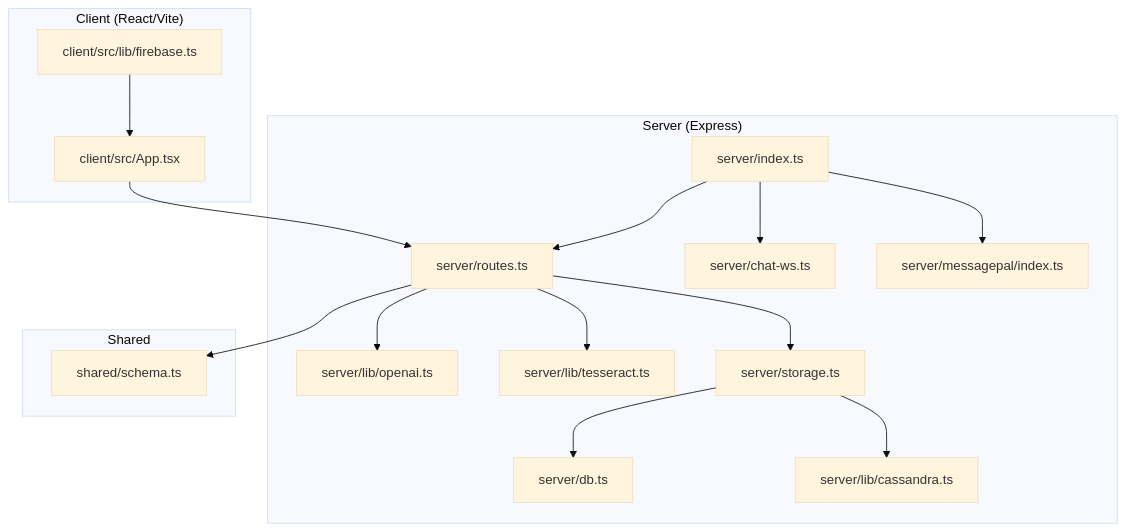
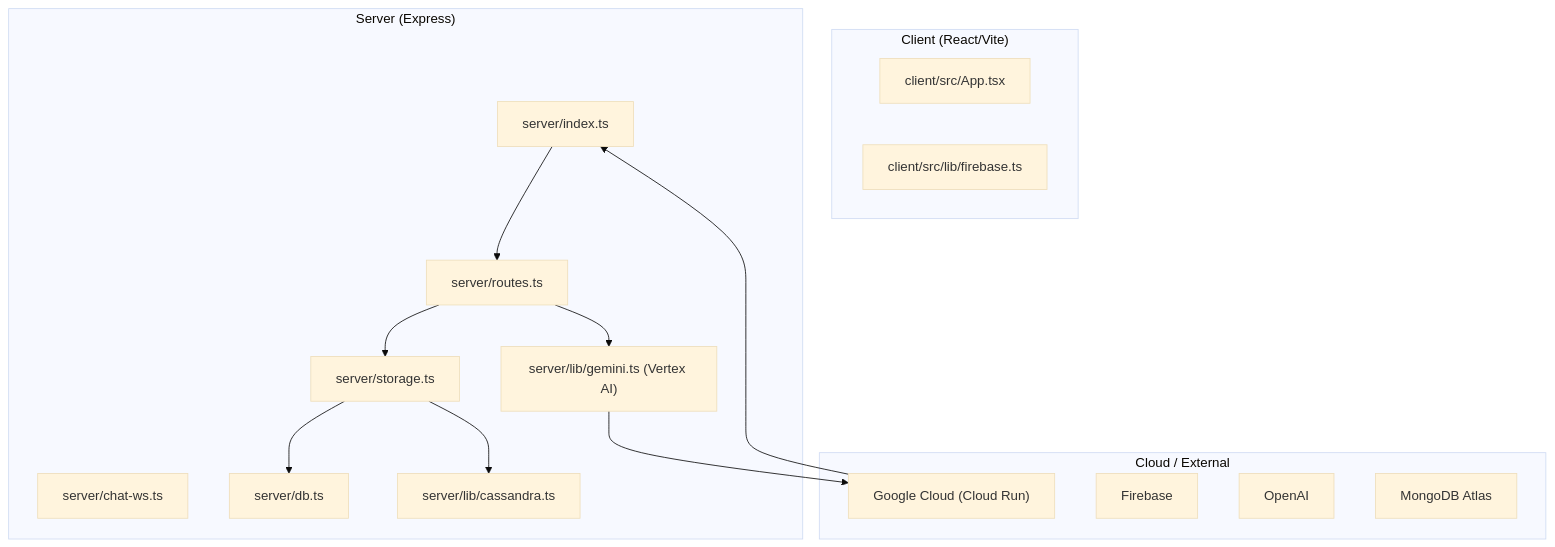
Before and after one commit to nitishssh/Class-mode: the first of 10 diagrams in docs/code-wiki/content/Architecture Overview.md, drawn with Mermaid (base theme). The commit also changed other lines of this file and 4 other files, not shown here.

Commit message:
docs(wiki): update architecture and deployment guides for version 1.2.0

````diff
--- a/docs/code-wiki/content/Architecture Overview.md
+++ b/docs/code-wiki/content/Architecture Overview.md
@@ -49,32 +49,29 @@
 ```mermaid
 graph TB
 subgraph "Client (React/Vite)"
 FE_App["client/src/App.tsx"]
 FE_Fire["client/src/lib/firebase.ts"]
 end
 subgraph "Server (Express)"
 BE_Index["server/index.ts"]
 BE_Routes["server/routes.ts"]
 BE_WS_Chat["server/chat-ws.ts"]
-BE_WS_MP["server/messagepal/index.ts"]
 BE_DB["server/db.ts"]
 BE_Cass["server/lib/cassandra.ts"]
-BE_OpenAI["server/lib/openai.ts"]
-BE_Tess["server/lib/tesseract.ts"]
+BE_AI["server/lib/gemini.ts (Vertex AI)"]
 BE_Store["server/storage.ts"]
 end
-subgraph "Shared"
-SH_Schema["shared/schema.ts"]
+subgraph "Cloud / External"
+EXT_GCP["Google Cloud (Cloud Run)"]
+EXT_FB["Firebase"]
+EXT_OA["OpenAI"]
+EXT_MONGO["MongoDB Atlas"]
 end
-FE_App --> BE_Routes
-FE_Fire --> FE_App
 BE_Index --> BE_Routes
-BE_Index --> BE_WS_Chat
-BE_Index --> BE_WS_MP
 BE_Routes --> BE_Store
 BE_Store --> BE_DB
 BE_Store --> BE_Cass
-BE_Routes --> BE_OpenAI
-BE_Routes --> BE_Tess
-BE_Routes --> SH_Schema
+BE_Routes --> BE_AI
+EXT_GCP --> BE_Index
+BE_AI --> EXT_GCP
 ```
````
